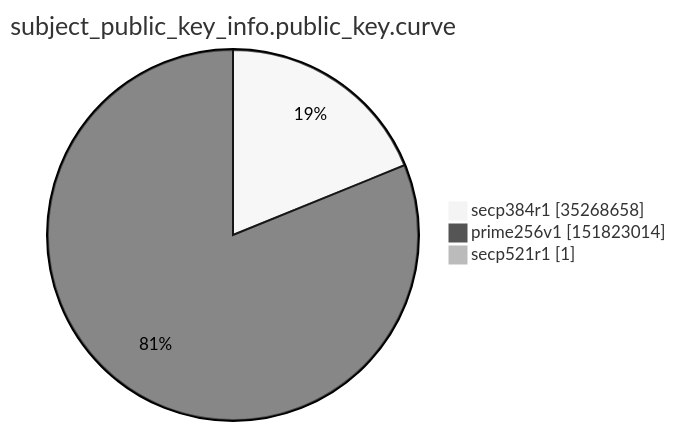
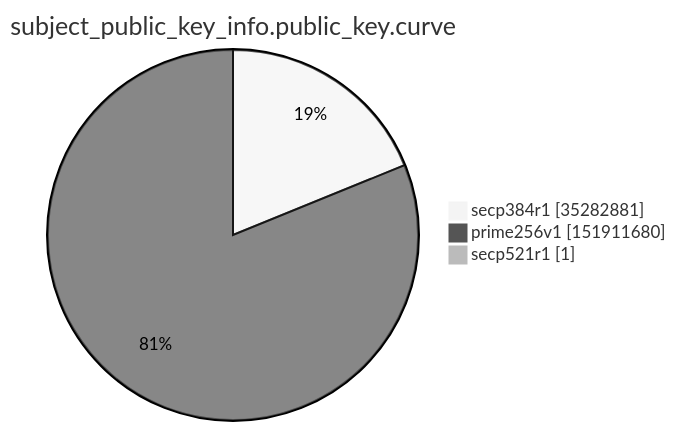
One commit to christiankrug/ctmonitor_visualization changed the ninth of 15 diagrams in argon2022/README.md. Above: the diagram before and after it, drawn with Mermaid (neutral theme). The commit also changed other lines of this file, not shown here.

````diff
--- a/argon2022/README.md
+++ b/argon2022/README.md
@@ -2765,7 +2765,7 @@
 ```mermaid
 pie showData
 title subject_public_key_info.public_key.curve
-"secp384r1" :35268658
-"prime256v1" :151823014
+"secp384r1" :35282881
+"prime256v1" :151911680
 "secp521r1" :1
 ```
````
